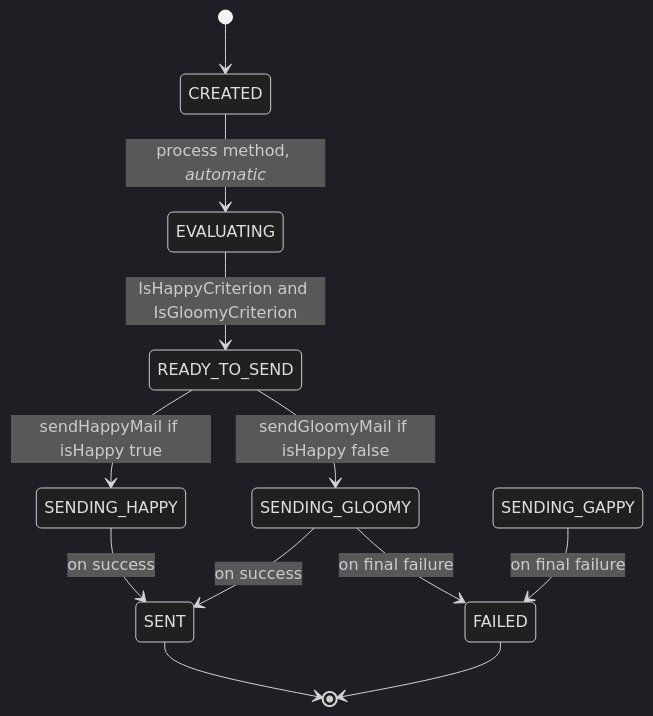
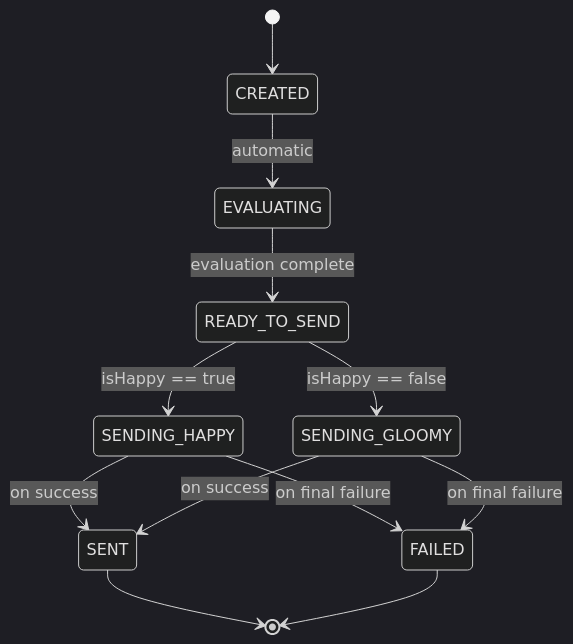
The diagram in src/main/java/com/java_template/prototype/functional_requirement.md (Cyoda-platform/java-client-template), drawn with Mermaid (dark theme) before and after one commit. The commit also changed other lines of this file, not shown here.

````diff
--- a/src/main/java/com/java_template/prototype/functional_requirement.md
+++ b/src/main/java/com/java_template/prototype/functional_requirement.md
@@ -28,14 +63,14 @@
 ```mermaid
 stateDiagram-v2
     [*] --> CREATED
-    CREATED --> EVALUATING : process method, *automatic*
-    EVALUATING --> READY_TO_SEND : IsHappyCriterion and IsGloomyCriterion
-    READY_TO_SEND --> SENDING_HAPPY : sendHappyMail if isHappy true
-    READY_TO_SEND --> SENDING_GLOOMY : sendGloomyMail if isHappy false
+    CREATED --> EVALUATING : automatic
+    EVALUATING --> READY_TO_SEND : evaluation complete
+    READY_TO_SEND --> SENDING_HAPPY : isHappy == true
+    READY_TO_SEND --> SENDING_GLOOMY : isHappy == false
     SENDING_HAPPY --> SENT : on success
-    SENDING_GAPPY --> FAILED : on final failure
+    SENDING_HAPPY --> FAILED : on final failure
     SENDING_GLOOMY --> SENT : on success
     SENDING_GLOOMY --> FAILED : on final failure
     SENT --> [*]
     FAILED --> [*]
 ```
````
